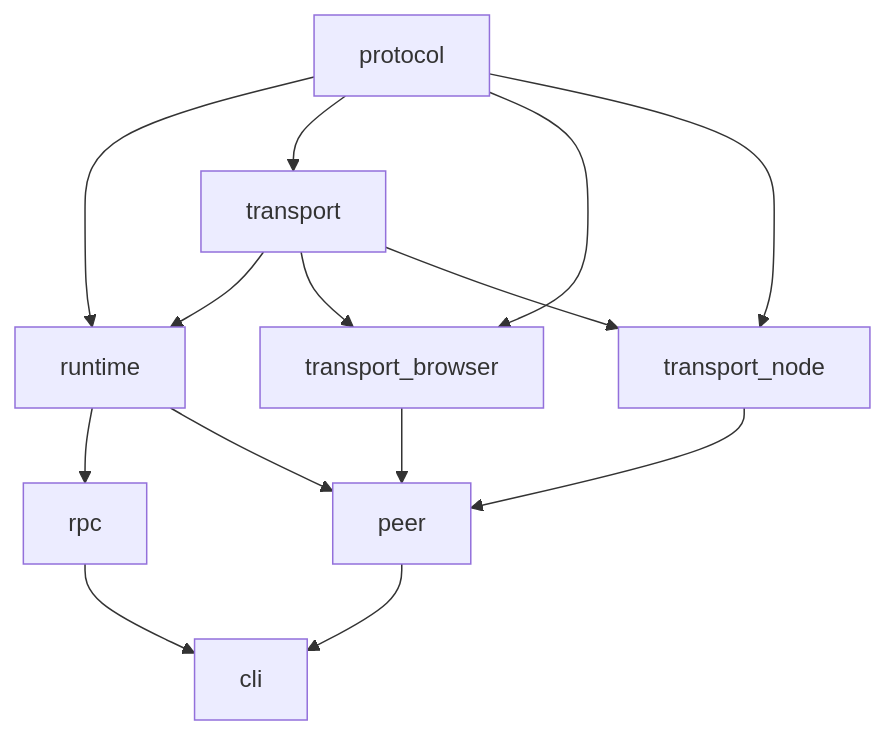
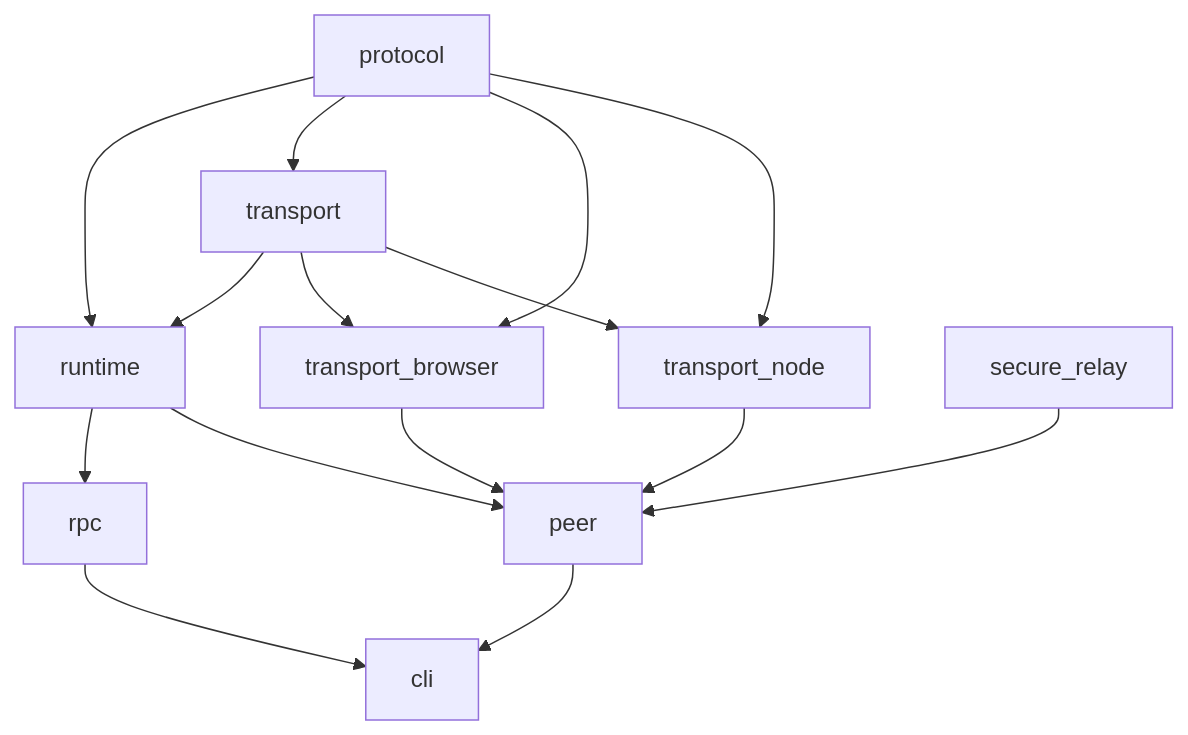
One commit to sidebandtech/sideband changed the diagram in docs/architecture/project-structure.md. Above: the diagram before and after it, drawn with Mermaid. The commit also changed other lines of this file and 26 other files, not shown here.

Commit message:
feat: add secure-relay package and VitePress docs (#13)

````diff
--- a/docs/architecture/project-structure.md
+++ b/docs/architecture/project-structure.md
@@ -73,16 +80,17 @@
 ```mermaid
 graph TD
   protocol --> runtime
   protocol --> transport
   transport --> runtime
   protocol --> transport_browser
   protocol --> transport_node
   transport --> transport_browser
   transport --> transport_node
   runtime --> rpc
   runtime --> peer
   transport_browser --> peer
   transport_node --> peer
+  secure_relay --> peer
   peer --> cli
   rpc --> cli
 ```
````
